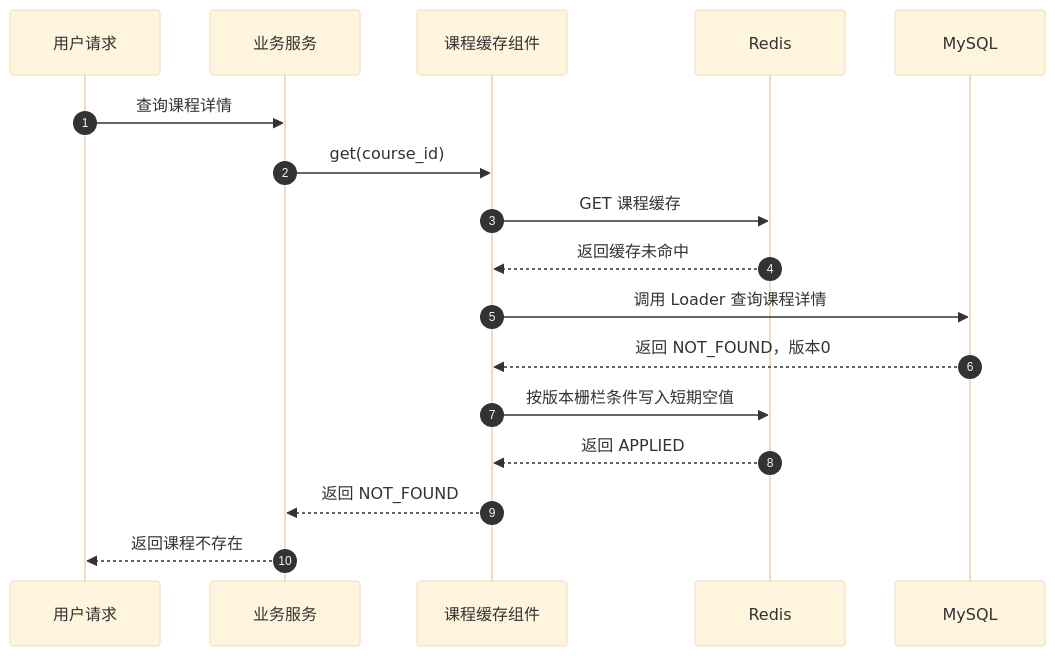
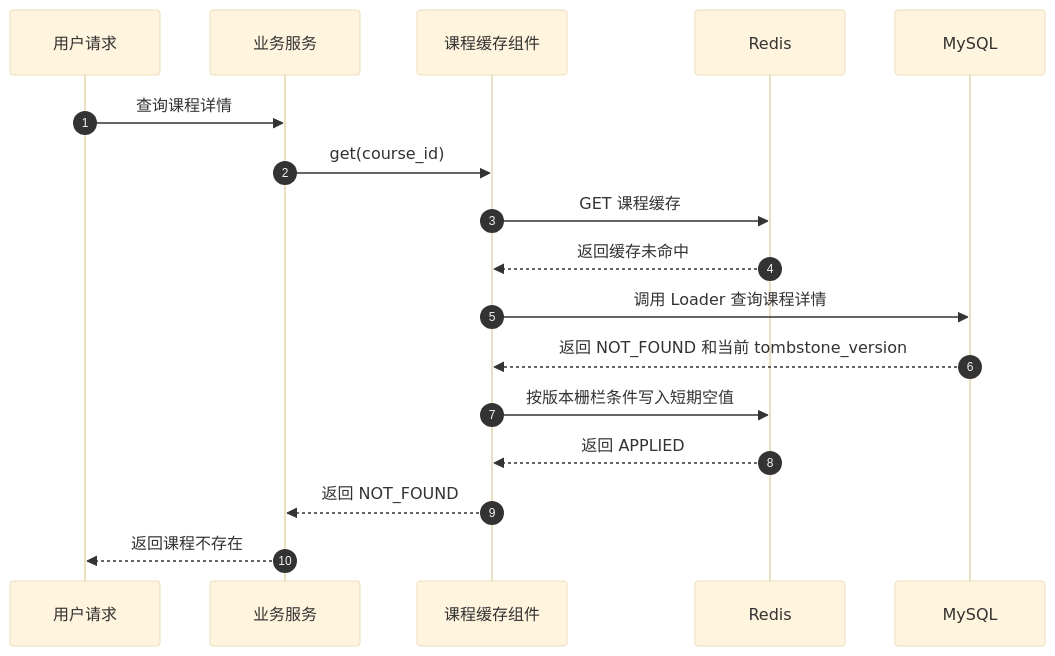
Diagram 14 of 27 in docs/redis/126-redis-4种缓存模式-分享版-极简版.md (zdl20251023-pixel/agent-frame), drawn with Mermaid (base theme) before and after one commit. The commit also changed other lines of this file, not shown here.

````diff
--- a/docs/redis/126-redis-4种缓存模式-分享版-极简版.md
+++ b/docs/redis/126-redis-4种缓存模式-分享版-极简版.md
@@ -584,23 +588,23 @@
 ```mermaid
 sequenceDiagram
     autonumber
     participant Client as 用户请求
     participant Service as 业务服务
     participant Cache as 课程缓存组件
     participant Redis as Redis
     participant MySQL as MySQL
 
     Client->>Service: 查询课程详情
     Service->>Cache: get(course_id)
     Cache->>Redis: GET 课程缓存
     Redis-->>Cache: 返回缓存未命中
 
     Cache->>MySQL: 调用 Loader 查询课程详情
-    MySQL-->>Cache: 返回 NOT_FOUND，版本0
+    MySQL-->>Cache: 返回 NOT_FOUND 和当前 tombstone_version
 
     Cache->>Redis: 按版本栅栏条件写入短期空值
     Redis-->>Cache: 返回 APPLIED
 
     Cache-->>Service: 返回 NOT_FOUND
     Service-->>Client: 返回课程不存在
 ```
````
